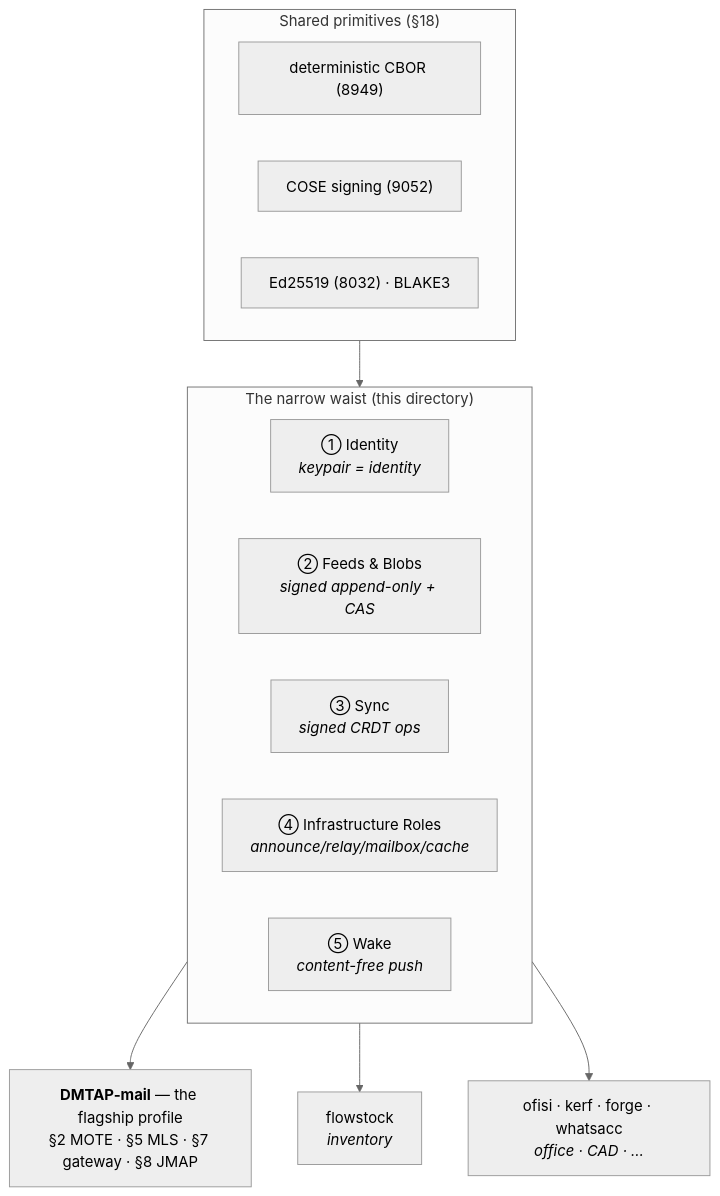
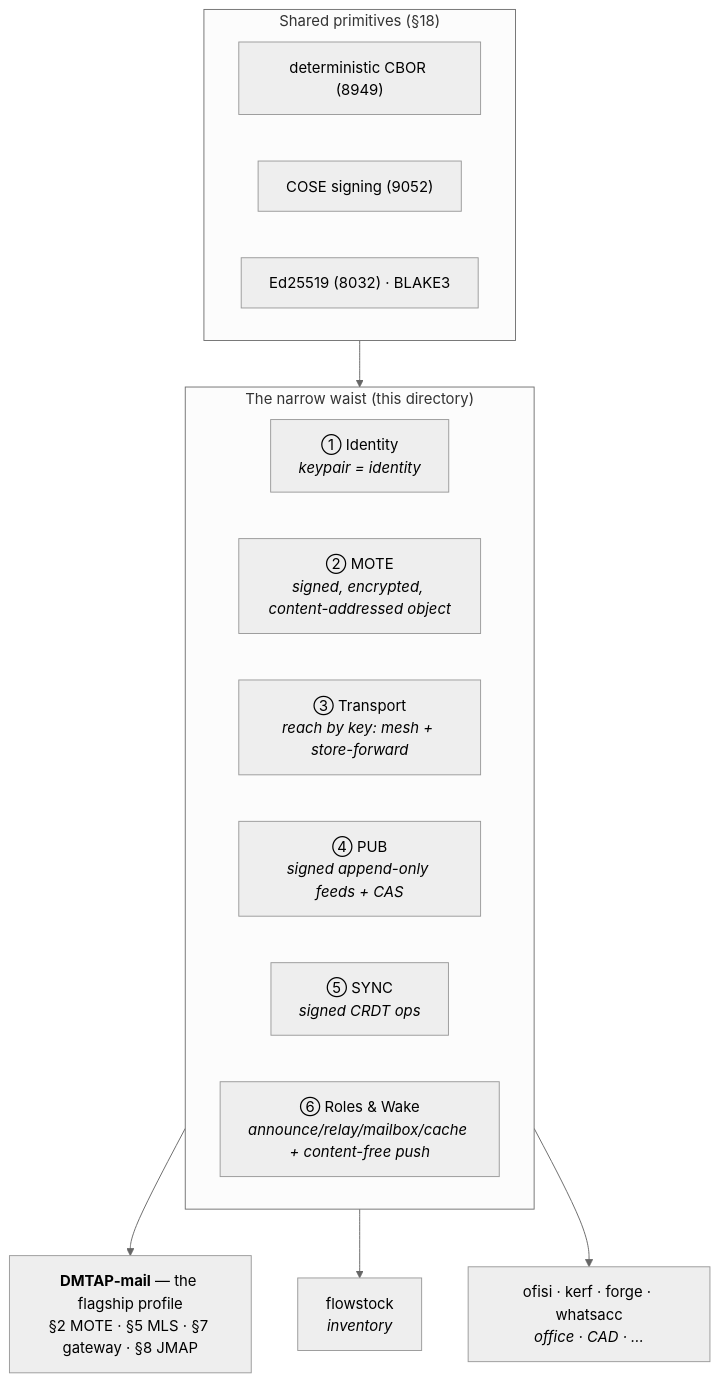
Before and after one commit to vul-os/kotva: the diagram in substrate/README.md, drawn with Mermaid (neutral theme). The commit also changed other lines of this file and 4 other files, not shown here.

````diff
--- a/substrate/README.md
+++ b/substrate/README.md
@@ -75,19 +82,20 @@
 ```mermaid
 flowchart TD
   subgraph WAIST["The narrow waist (this directory)"]
     ID["① Identity<br/><i>keypair = identity</i>"]
-    FB["② Feeds & Blobs<br/><i>signed append-only + CAS</i>"]
-    SY["③ Sync<br/><i>signed CRDT ops</i>"]
-    RO["④ Infrastructure Roles<br/><i>announce/relay/mailbox/cache</i>"]
-    WK["⑤ Wake<br/><i>content-free push</i>"]
+    MO["② MOTE<br/><i>signed, encrypted, content-addressed object</i>"]
+    TR["③ Transport<br/><i>reach by key: mesh + store-forward</i>"]
+    FB["④ PUB<br/><i>signed append-only feeds + CAS</i>"]
+    SY["⑤ SYNC<br/><i>signed CRDT ops</i>"]
+    RO["⑥ Roles & Wake<br/><i>announce/relay/mailbox/cache + content-free push</i>"]
   end
   subgraph PRIMS["Shared primitives (§18)"]
     CBOR["deterministic CBOR (8949)"]
     COSE["COSE signing (9052)"]
     ED["Ed25519 (8032) · BLAKE3"]
   end
   PRIMS --> WAIST
   WAIST --> MAIL["<b>DMTAP-mail</b> — the flagship profile<br/>§2 MOTE · §5 MLS · §7 gateway · §8 JMAP"]
   WAIST --> P1["flowstock<br/><i>inventory</i>"]
   WAIST --> P2["ofisi · kerf · forge · whatsacc<br/><i>office · CAD · &hellip;</i>"]
 ```
````
